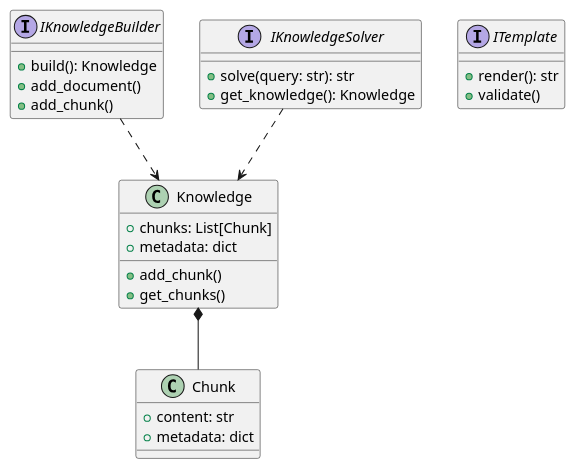
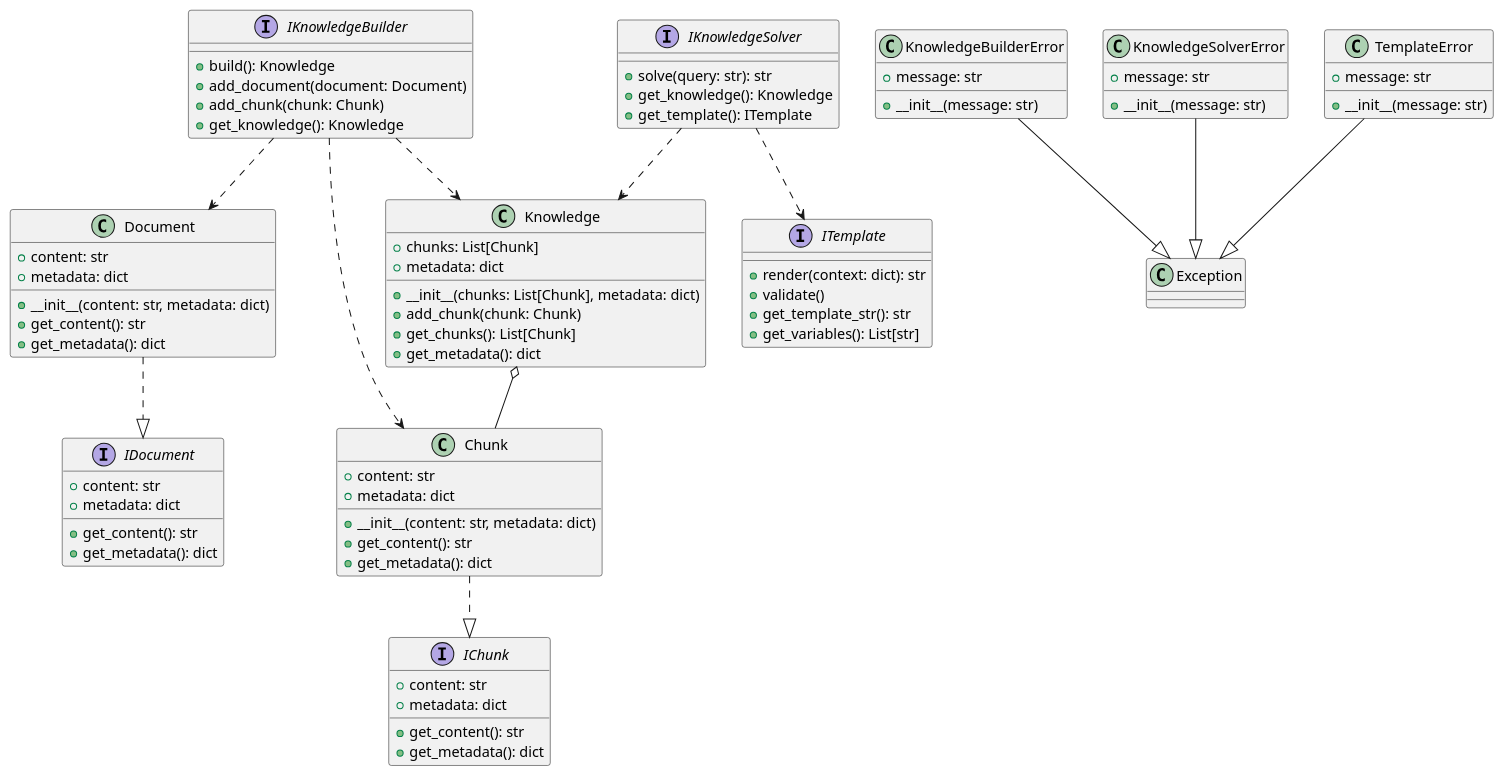
Before and after one commit to DemonDamon/RAGalaxy: the fourth of 6 diagrams in researches/kag.md, drawn with PlantUML. The commit also changed other lines of this file and 7 other files, not shown here.

````diff
--- a/researches/kag.md
+++ b/researches/kag.md
@@ -65,37 +419,99 @@
 ```plantuml
-@startuml Interface
+@startuml Interface Package
 
+' 基础接口和抽象类
 interface IKnowledgeBuilder {
   + build(): Knowledge
-  + add_document()
-  + add_chunk()
+  + add_document(document: Document)
+  + add_chunk(chunk: Chunk)
+  + get_knowledge(): Knowledge
 }
 
 interface IKnowledgeSolver {
   + solve(query: str): str
   + get_knowledge(): Knowledge
+  + get_template(): ITemplate
 }
 
 interface ITemplate {
-  + render(): str
+  + render(context: dict): str
   + validate()
+  + get_template_str(): str
+  + get_variables(): List[str]
 }
 
+interface IDocument {
+  + content: str
+  + metadata: dict
+  + get_content(): str
+  + get_metadata(): dict
+}
+
+interface IChunk {
+  + content: str
+  + metadata: dict
+  + get_content(): str
+  + get_metadata(): dict
+}
+
+' 基础数据类
 class Knowledge {
   + chunks: List[Chunk]
   + metadata: dict
-  + add_chunk()
-  + get_chunks()
+  + __init__(chunks: List[Chunk], metadata: dict)
+  + add_chunk(chunk: Chunk)
+  + get_chunks(): List[Chunk]
+  + get_metadata(): dict
+}
+
+class Document {
+  + content: str
+  + metadata: dict
+  + __init__(content: str, metadata: dict)
+  + get_content(): str
+  + get_metadata(): dict
 }
 
 class Chunk {
   + content: str
   + metadata: dict
+  + __init__(content: str, metadata: dict)
+  + get_content(): str
+  + get_metadata(): dict
 }
 
+' 异常类
+class KnowledgeBuilderError {
+  + message: str
+  + __init__(message: str)
+}
+
+class KnowledgeSolverError {
+  + message: str
+  + __init__(message: str)
+}
+
+class TemplateError {
+  + message: str
+  + __init__(message: str)
+}
+
+' 关系定义
+Document ..|> IDocument
+Chunk ..|> IChunk
+Knowledge o-- Chunk
+
 IKnowledgeBuilder ..> Knowledge
+IKnowledgeBuilder ..> Document
+IKnowledgeBuilder ..> Chunk
+
 IKnowledgeSolver ..> Knowledge
-Knowledge *-- Chunk
+IKnowledgeSolver ..> ITemplate
+
+' 异常关系
+KnowledgeBuilderError --|> Exception
+KnowledgeSolverError --|> Exception 
+TemplateError --|> Exception
 
 @enduml
 ```
````
